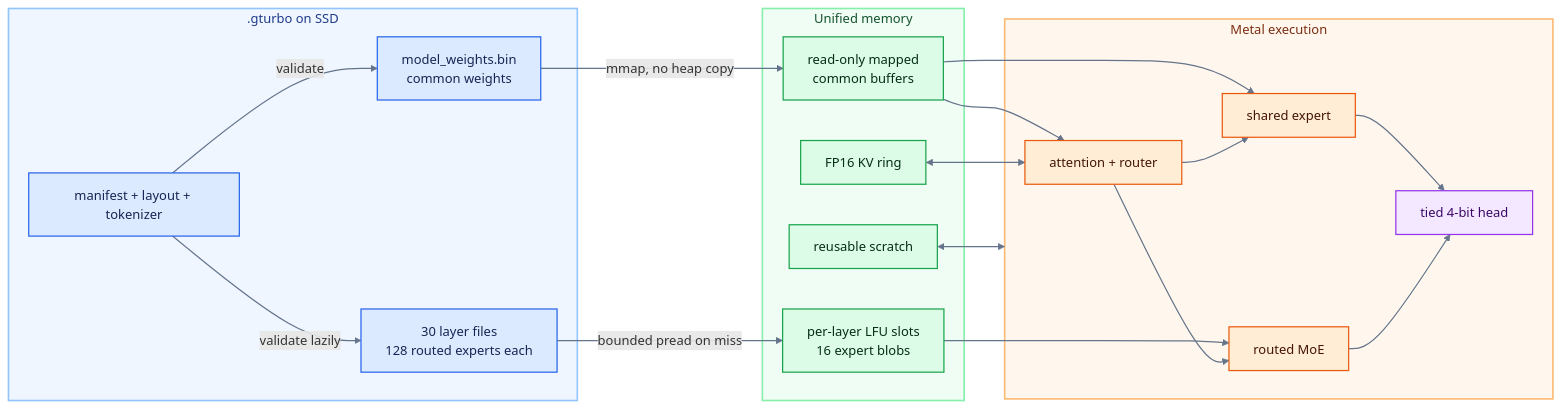
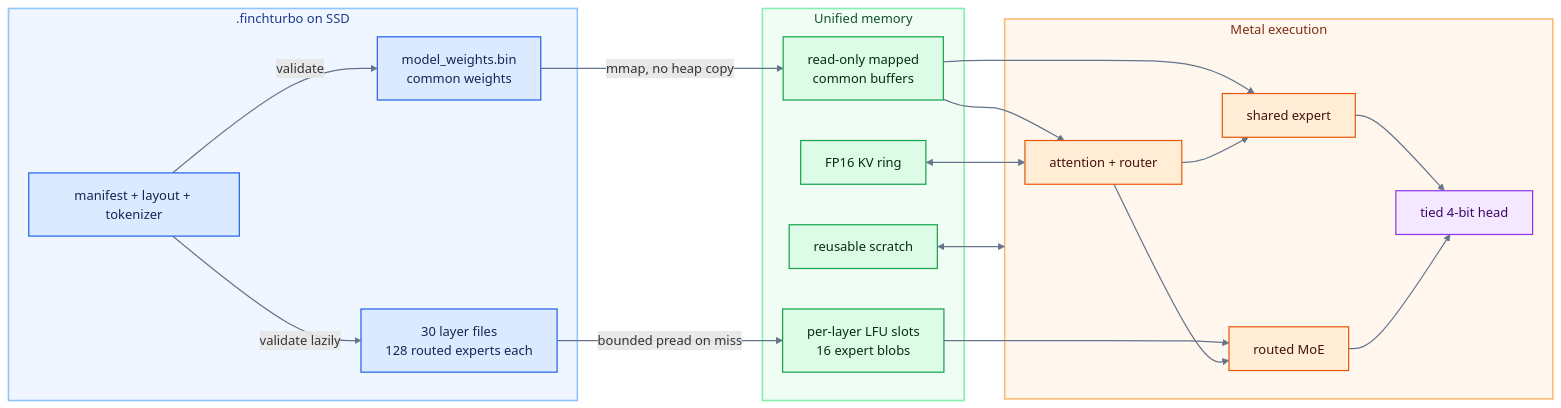
One commit to haihengh/finchMoE changed the first of 2 diagrams in docs/SYSTEM_DESIGN.md. Above: the diagram before and after it, drawn with Mermaid. The commit also changed other lines of this file and 604 other files, not shown here.

````diff
--- a/docs/SYSTEM_DESIGN.md
+++ b/docs/SYSTEM_DESIGN.md
@@ -191,50 +191,50 @@
 ```mermaid
 flowchart LR
-    subgraph Disk[".gturbo on SSD"]
+    subgraph Disk[".finchturbo on SSD"]
         MW["model_weights.bin\ncommon weights"]
         LF["30 layer files\n128 routed experts each"]
         MF["manifest + layout + tokenizer"]
     end
 
     subgraph Memory["Unified memory"]
         RB["read-only mapped\ncommon buffers"]
         EC["per-layer LFU slots\n16 expert blobs"]
         KV["FP16 KV ring"]
         WS["reusable scratch"]
     end
 
     subgraph GPU["Metal execution"]
         AT["attention + router"]
         SE["shared expert"]
         RE["routed MoE"]
         HD["tied 4-bit head"]
     end
 
     MF -->|validate| MW
     MF -->|validate lazily| LF
     MW -->|mmap, no heap copy| RB
     LF -->|bounded pread on miss| EC
     RB --> AT
     RB --> SE
     EC --> RE
     KV <--> AT
     WS <--> GPU
     AT --> SE
     AT --> RE
     SE --> HD
     RE --> HD
 
     classDef disk fill:#DBEAFE,stroke:#2563EB,color:#172554,stroke-width:1.5px;
     classDef memory fill:#DCFCE7,stroke:#16A34A,color:#052E16,stroke-width:1.5px;
     classDef compute fill:#FFEDD5,stroke:#EA580C,color:#431407,stroke-width:1.5px;
     classDef output fill:#F3E8FF,stroke:#9333EA,color:#3B0764,stroke-width:1.5px;
     class MF,MW,LF disk;
     class RB,KV,EC,WS memory;
     class AT,SE,RE compute;
     class HD output;
 
     style Disk fill:#EFF6FF,stroke:#93C5FD,color:#1E3A8A,stroke-width:2px
     style Memory fill:#F0FDF4,stroke:#86EFAC,color:#14532D,stroke-width:2px
     style GPU fill:#FFF7ED,stroke:#FDBA74,color:#7C2D12,stroke-width:2px
     linkStyle default stroke:#64748B,stroke-width:1.5px
 ```
````
